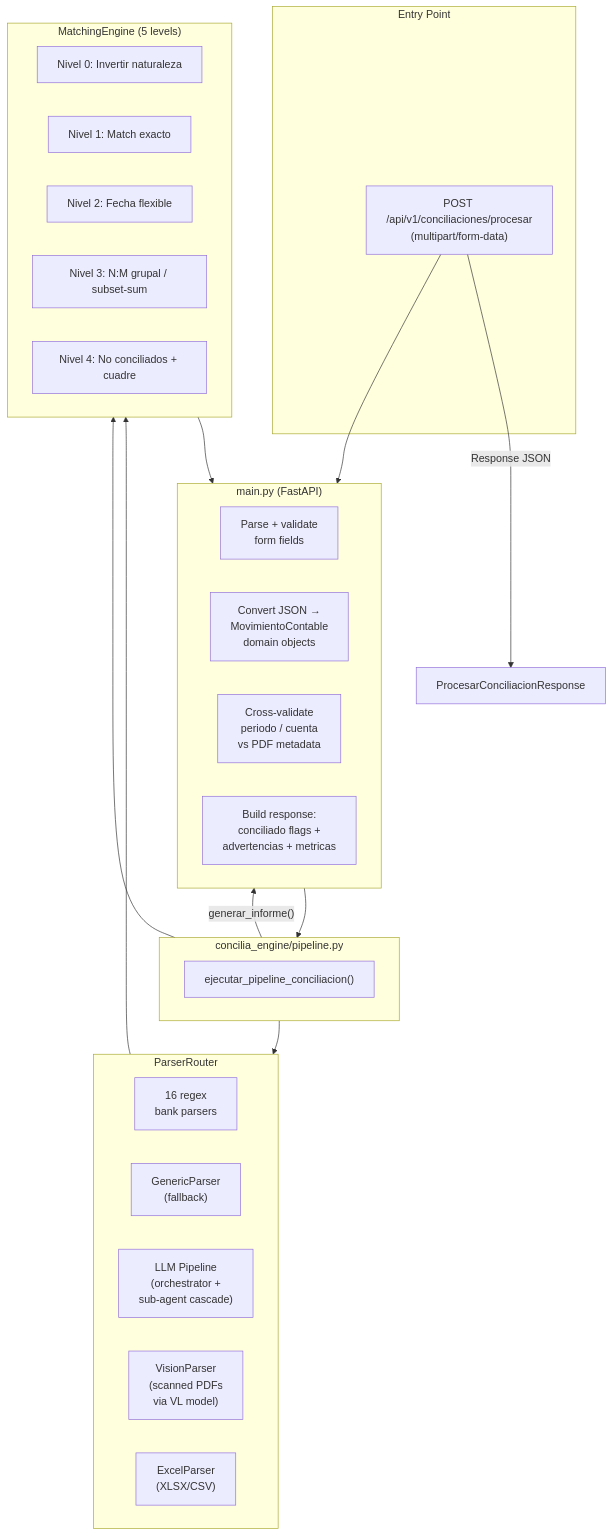
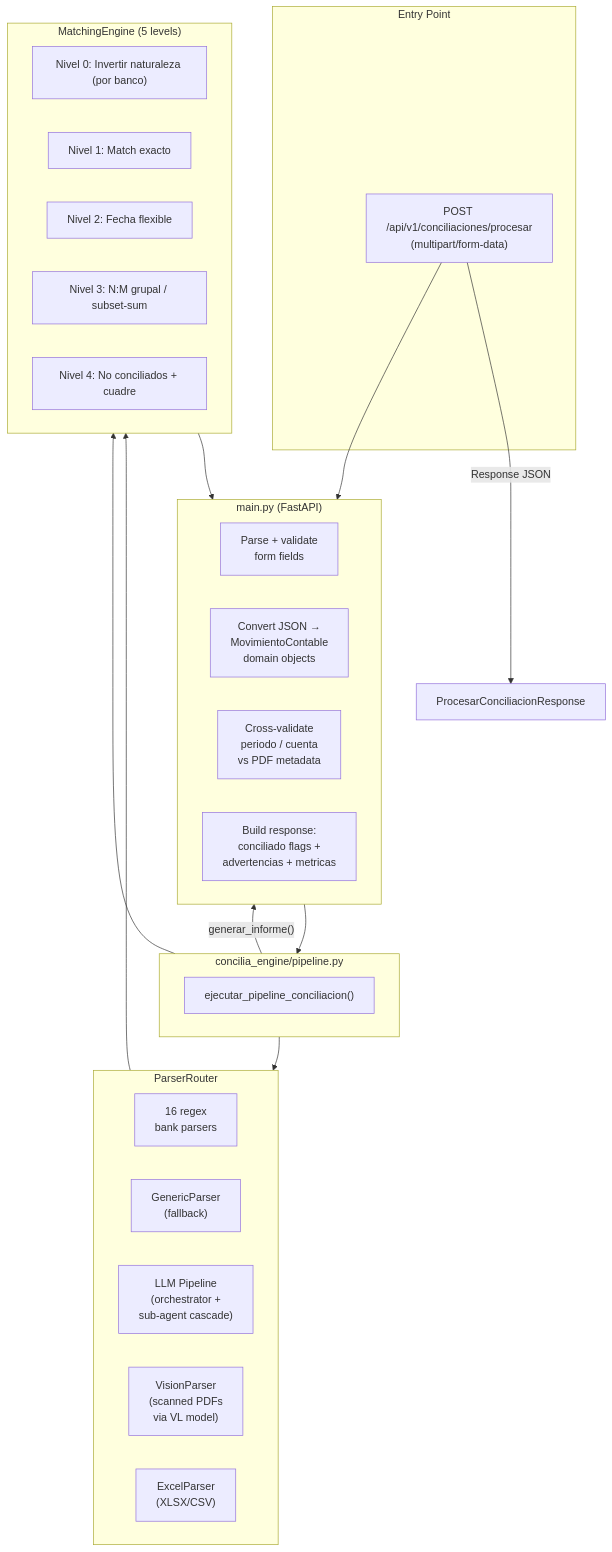
One commit to InforTributos/simplificado-conciliacion-bancaria changed the diagram in README.md. Above: the diagram before and after it, drawn with Mermaid. The commit also changed 16 other files, not shown here.

First line of the commit message:
feat: inversion de naturaleza configurable por banco (invertir_lado)

````diff
--- a/README.md
+++ b/README.md
@@ -482,43 +482,43 @@
 ```mermaid
 flowchart TB
     subgraph entry["Entry Point"]
         API["POST /api/v1/conciliaciones/procesar<br/>(multipart/form-data)"]
     end
 
     subgraph app["main.py (FastAPI)"]
         Parse["Parse + validate<br/>form fields"]
         Map["Convert JSON →<br/>MovimientoContable<br/>domain objects"]
         Cross["Cross-validate<br/>periodo / cuenta<br/>vs PDF metadata"]
         Build["Build response:<br/>conciliado flags +<br/>advertencias + metricas"]
     end
 
     subgraph engine["concilia_engine/pipeline.py"]
         PL["ejecutar_pipeline_conciliacion()"]
     end
 
     subgraph parser["ParserRouter"]
         direction LR
         R16["16 regex<br/>bank parsers"]
         Gen["GenericParser<br/>(fallback)"]
         LLM["LLM Pipeline<br/>(orchestrator +<br/>sub-agent cascade)"]
         Vis["VisionParser<br/>(scanned PDFs<br/>via VL model)"]
         Exc["ExcelParser<br/>(XLSX/CSV)"]
     end
 
     subgraph match["MatchingEngine (5 levels)"]
-        N0["Nivel 0: Invertir naturaleza"]
+        N0["Nivel 0: Invertir naturaleza (por banco)"]
         N1["Nivel 1: Match exacto"]
         N2["Nivel 2: Fecha flexible"]
         N3["Nivel 3: N:M grupal / subset-sum"]
         N4["Nivel 4: No conciliados + cuadre"]
     end
 
     API --> app
     app --> engine
     engine --> parser
     engine --> match
     engine -->|"generar_informe()"| app
     parser --> match
     match --> app
     API -->|"Response JSON"| RESULT["ProcesarConciliacionResponse"]
 ```
````
